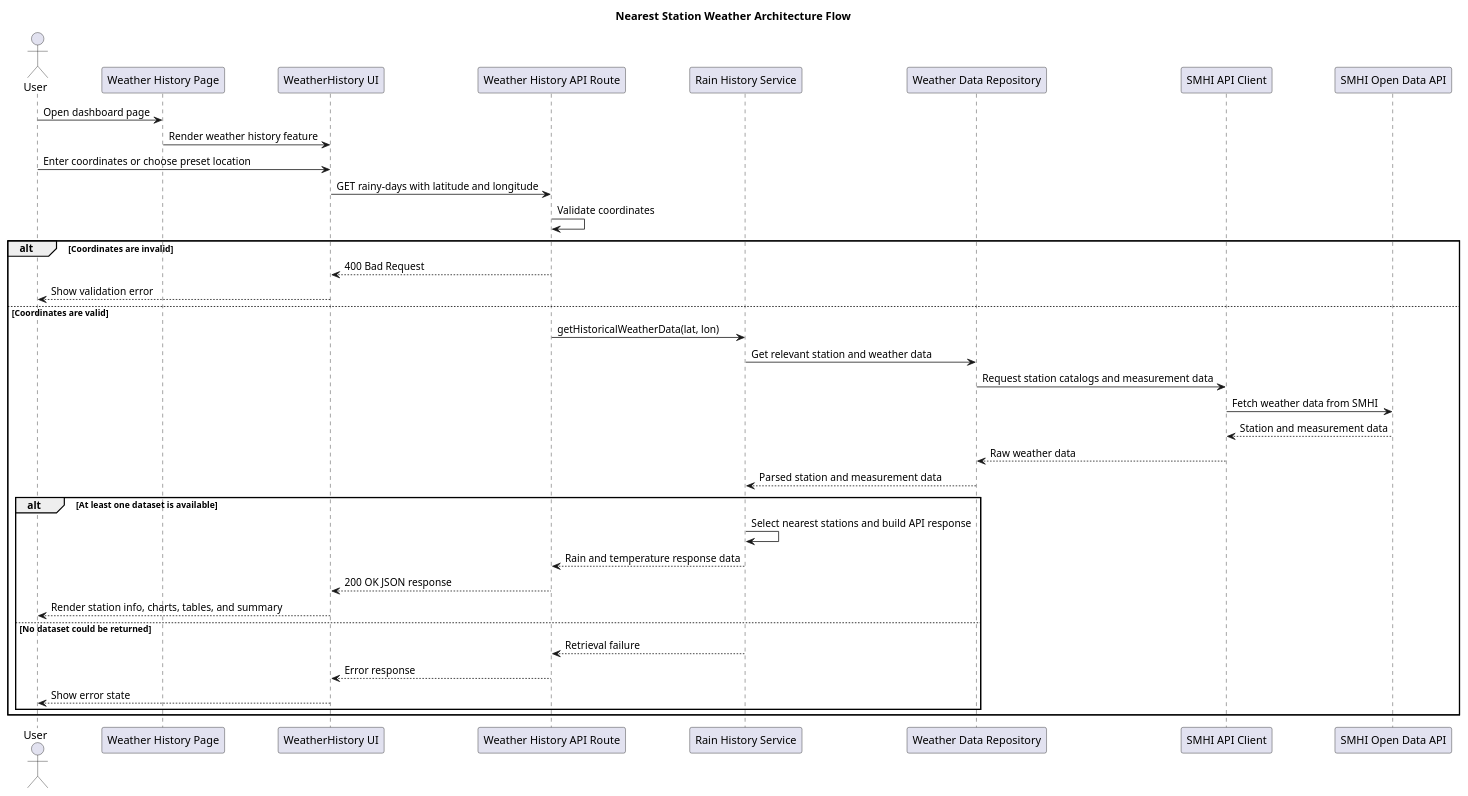
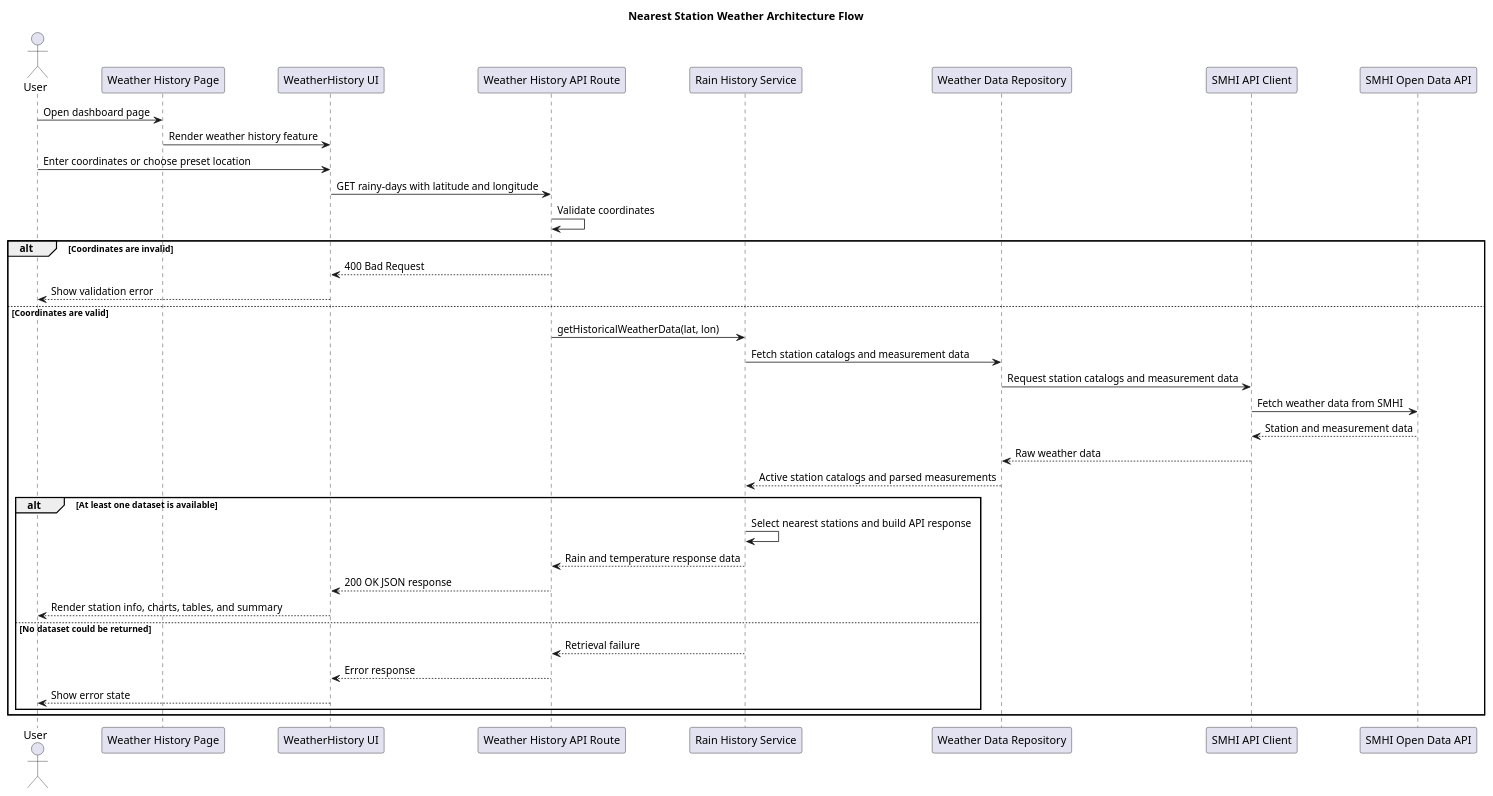
One commit to OscarFilip/mushroom-mood changed the diagram in docs/uml/architecture-nearest-station-weather.puml. Above: the diagram before and after it, drawn with PlantUML. The commit also changed 14 other files, not shown here.

```diff
--- a/docs/uml/architecture-nearest-station-weather.puml
+++ b/docs/uml/architecture-nearest-station-weather.puml
@@ -1,43 +1,43 @@
 @startuml architecture-nearest-station-weather
 title Nearest Station Weather Architecture Flow
 
 actor User
 participant "Weather History Page" as WeatherHistoryPage
 participant "WeatherHistory UI" as WeatherHistoryUi
 participant "Weather History API Route" as WeatherHistoryRoute
 participant "Rain History Service" as RainHistoryService
 participant "Weather Data Repository" as WeatherDataRepository
 participant "SMHI API Client" as SmhiApiClient
 participant "SMHI Open Data API" as SmhiOpenDataApi
 
 User -> WeatherHistoryPage: Open dashboard page
 WeatherHistoryPage -> WeatherHistoryUi: Render weather history feature
 User -> WeatherHistoryUi: Enter coordinates or choose preset location
 WeatherHistoryUi -> WeatherHistoryRoute: GET rainy-days with latitude and longitude
 WeatherHistoryRoute -> WeatherHistoryRoute: Validate coordinates
 
 alt Coordinates are invalid
   WeatherHistoryRoute --> WeatherHistoryUi: 400 Bad Request
   WeatherHistoryUi --> User: Show validation error
 else Coordinates are valid
   WeatherHistoryRoute -> RainHistoryService: getHistoricalWeatherData(lat, lon)
-  RainHistoryService -> WeatherDataRepository: Get relevant station and weather data
+  RainHistoryService -> WeatherDataRepository: Fetch station catalogs and measurement data
   WeatherDataRepository -> SmhiApiClient: Request station catalogs and measurement data
   SmhiApiClient -> SmhiOpenDataApi: Fetch weather data from SMHI
   SmhiOpenDataApi --> SmhiApiClient: Station and measurement data
   SmhiApiClient --> WeatherDataRepository: Raw weather data
-  WeatherDataRepository --> RainHistoryService: Parsed station and measurement data
+  WeatherDataRepository --> RainHistoryService: Active station catalogs and parsed measurements
 
   alt At least one dataset is available
     RainHistoryService -> RainHistoryService: Select nearest stations and build API response
     RainHistoryService --> WeatherHistoryRoute: Rain and temperature response data
     WeatherHistoryRoute --> WeatherHistoryUi: 200 OK JSON response
     WeatherHistoryUi --> User: Render station info, charts, tables, and summary
   else No dataset could be returned
     RainHistoryService --> WeatherHistoryRoute: Retrieval failure
     WeatherHistoryRoute --> WeatherHistoryUi: Error response
     WeatherHistoryUi --> User: Show error state
   end
 end
 
 @enduml
```
